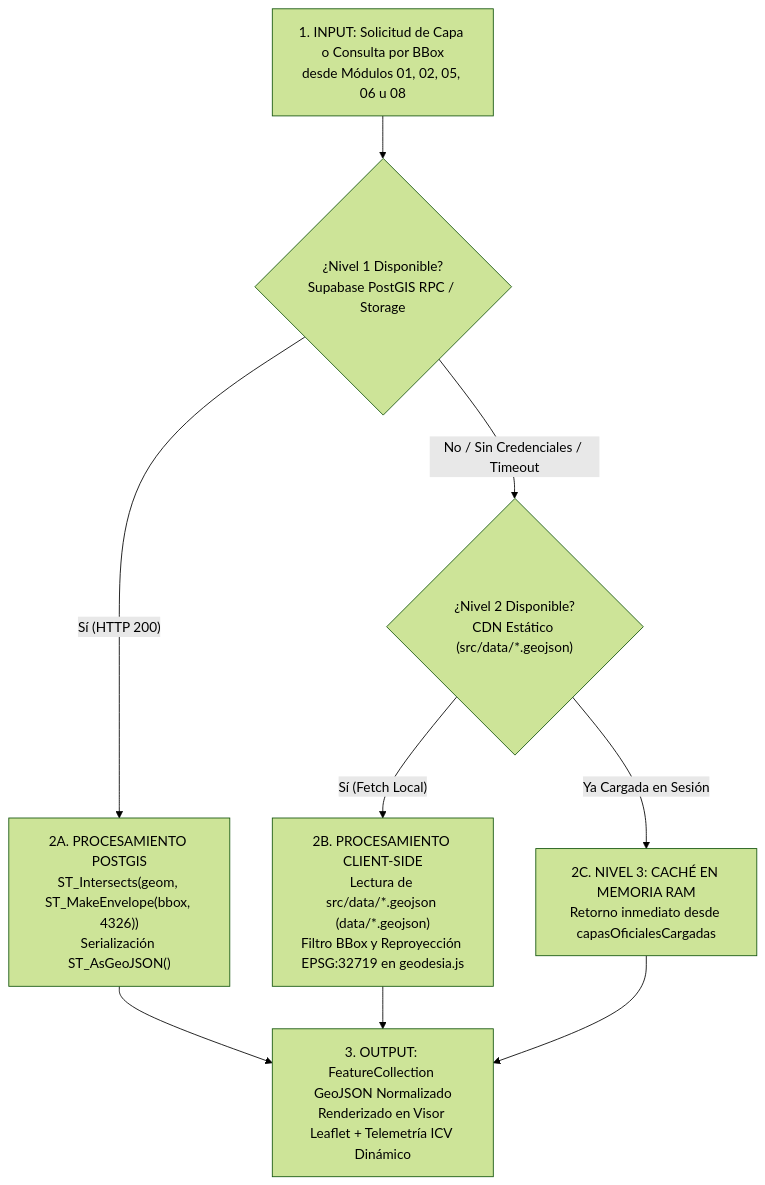
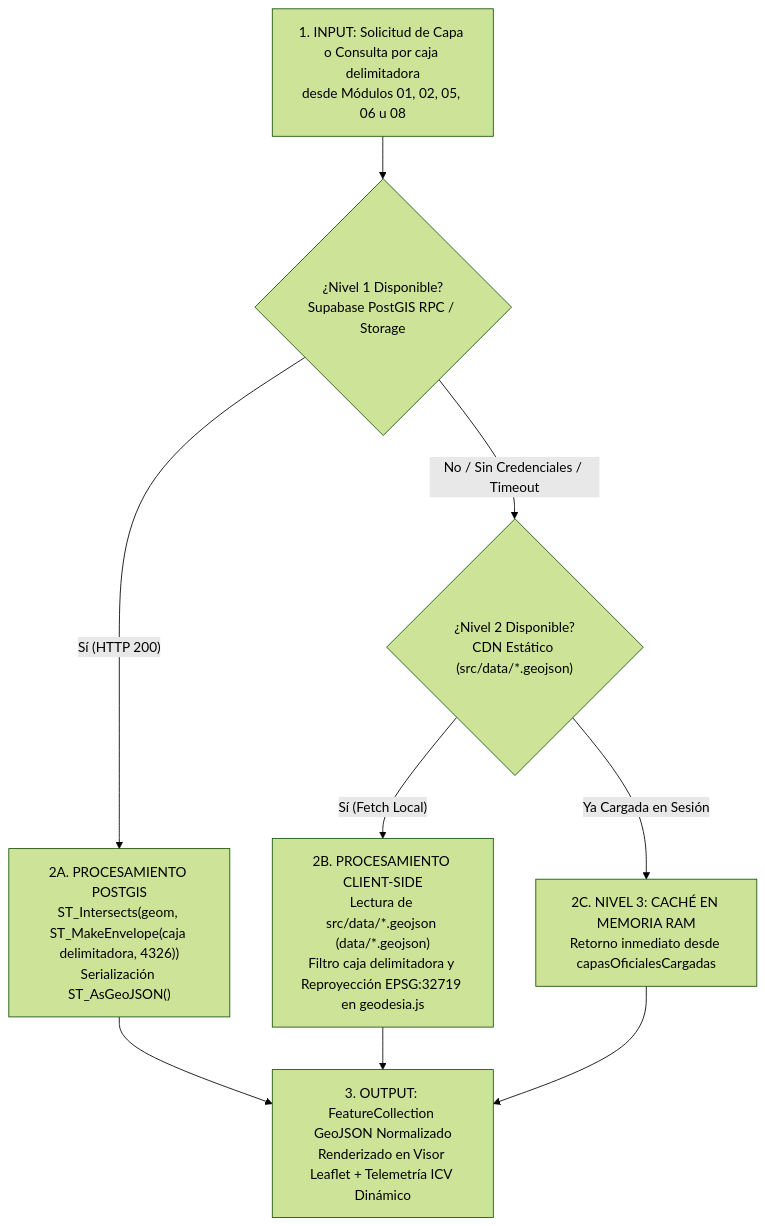
Before and after one commit to GEOJOTA/atlas-vgi-barrio-brasil: the second of 3 diagrams in src/docs/GUIA_BASE_DATOS_SUPABASE.md, drawn with Mermaid (forest theme). The commit also changed other lines of this file and 28 other files, not shown here.

````diff
--- a/src/docs/GUIA_BASE_DATOS_SUPABASE.md
+++ b/src/docs/GUIA_BASE_DATOS_SUPABASE.md
@@ -46,12 +46,12 @@
 ```mermaid
 flowchart TD
-    REQ["1. INPUT: Solicitud de Capa o Consulta por BBox<br/>desde Módulos 01, 02, 05, 06 u 08"] --> N1{"¿Nivel 1 Disponible?<br/>Supabase PostGIS RPC / Storage"}
+    REQ["1. INPUT: Solicitud de Capa o Consulta por caja delimitadora<br/>desde Módulos 01, 02, 05, 06 u 08"] --> N1{"¿Nivel 1 Disponible?<br/>Supabase PostGIS RPC / Storage"}
 
-    N1 -- "Sí (HTTP 200)" --> RPC["2A. PROCESAMIENTO POSTGIS<br/>ST_Intersects(geom, ST_MakeEnvelope(bbox, 4326))<br/>Serialización ST_AsGeoJSON()"]
+    N1 -- "Sí (HTTP 200)" --> RPC["2A. PROCESAMIENTO POSTGIS<br/>ST_Intersects(geom, ST_MakeEnvelope(caja delimitadora, 4326))<br/>Serialización ST_AsGeoJSON()"]
     N1 -- "No / Sin Credenciales / Timeout" --> N2{"¿Nivel 2 Disponible?<br/>CDN Estático (src/data/*.geojson)"}
 
-    N2 -- "Sí (Fetch Local)" --> CDN["2B. PROCESAMIENTO CLIENT-SIDE<br/>Lectura de src/data/*.geojson (data/*.geojson)<br/>Filtro BBox y Reproyección EPSG:32719 en geodesia.js"]
+    N2 -- "Sí (Fetch Local)" --> CDN["2B. PROCESAMIENTO CLIENT-SIDE<br/>Lectura de src/data/*.geojson (data/*.geojson)<br/>Filtro caja delimitadora y Reproyección EPSG:32719 en geodesia.js"]
     N2 -- "Ya Cargada en Sesión" --> RAM["2C. NIVEL 3: CACHÉ EN MEMORIA RAM<br/>Retorno inmediato desde capasOficialesCargadas"]
 
     RPC & CDN & RAM --> OUT["3. OUTPUT: FeatureCollection GeoJSON Normalizado<br/>Renderizado en Visor Leaflet + Telemetría ICV Dinámico"]
 ```
````
